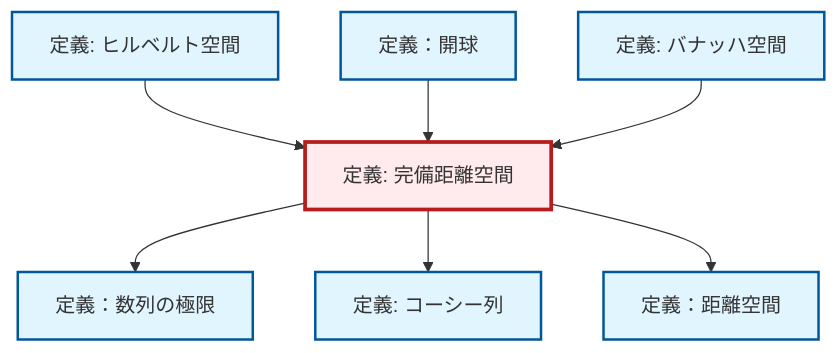
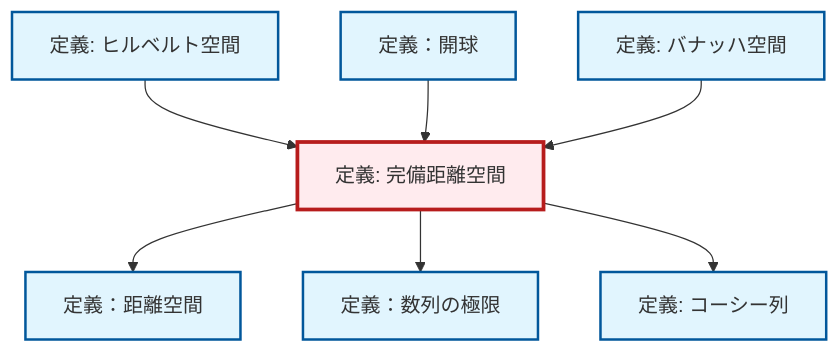
The diagram in content/ja/analysis/def-complete-metric-space.qmd (RK0429/ModernMath), drawn with Mermaid before and after one commit. The commit also changed other lines of this file and 328 other files, not shown here.

````diff
--- a/content/ja/analysis/def-complete-metric-space.qmd
+++ b/content/ja/analysis/def-complete-metric-space.qmd
@@ -54,29 +54,29 @@
 ```{mermaid}
 %%| fig-cap: "ローカル依存関係グラフ"
 graph TD
     classDef definition fill:#e1f5fe,stroke:#01579b,stroke-width:2px
     classDef theorem fill:#f3e5f5,stroke:#4a148c,stroke-width:2px
     classDef axiom fill:#fff3e0,stroke:#e65100,stroke-width:2px
     classDef example fill:#e8f5e9,stroke:#1b5e20,stroke-width:2px
     classDef current fill:#ffebee,stroke:#b71c1c,stroke-width:3px
-    def-cauchy-sequence["定義: コーシー列"]:::definition
+    def-open-ball["定義：開球"]:::definition
     def-limit["定義：数列の極限"]:::definition
-    def-metric-space["定義：距離空間"]:::definition
     def-hilbert-space["定義: ヒルベルト空間"]:::definition
-    def-open-ball["定義：開球"]:::definition
     def-complete-metric-space["定義: 完備距離空間"]:::definition
     def-banach-space["定義: バナッハ空間"]:::definition
-    def-complete-metric-space --> def-limit
+    def-cauchy-sequence["定義: コーシー列"]:::definition
+    def-metric-space["定義：距離空間"]:::definition
     def-hilbert-space --> def-complete-metric-space
+    def-complete-metric-space --> def-metric-space
     def-open-ball --> def-complete-metric-space
     def-banach-space --> def-complete-metric-space
+    def-complete-metric-space --> def-limit
     def-complete-metric-space --> def-cauchy-sequence
-    def-complete-metric-space --> def-metric-space
     class def-complete-metric-space current
+    click def-open-ball "def-open-ball.html" "定義：開球へ"
+    click def-limit "def-limit.html" "定義：数列の極限へ"
+    click def-hilbert-space "def-hilbert-space.html" "ヒルベルト空間の定義へ"
+    click def-banach-space "def-banach-space.html" "バナッハ空間の定義へ"
     click def-cauchy-sequence "def-cauchy-sequence.html" "コーシー列の定義へ"
-    click def-limit "def-limit.html" "定義：数列の極限へ"
     click def-metric-space "def-metric-space.html" "定義：距離空間へ"
-    click def-hilbert-space "def-hilbert-space.html" "ヒルベルト空間の定義へ"
-    click def-open-ball "def-open-ball.html" "定義：開球へ"
-    click def-banach-space "def-banach-space.html" "バナッハ空間の定義へ"
 ```
````
